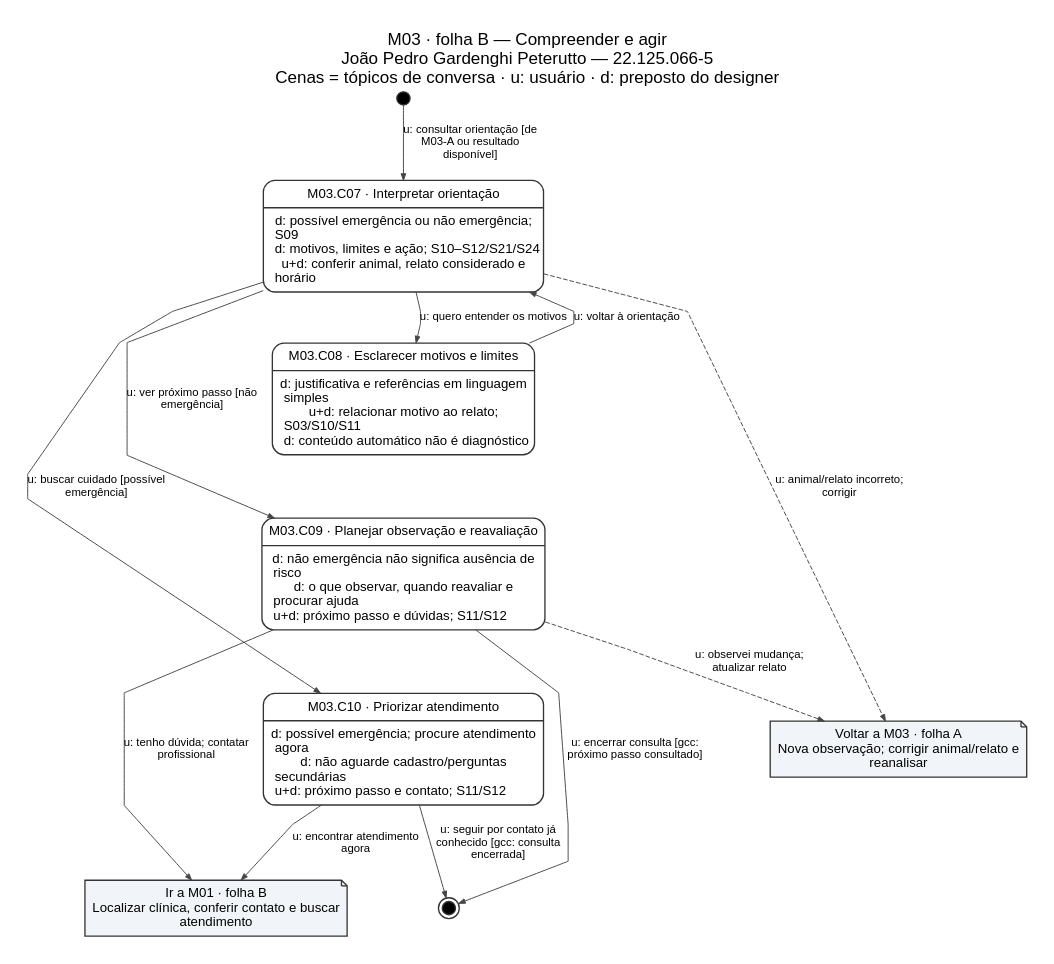
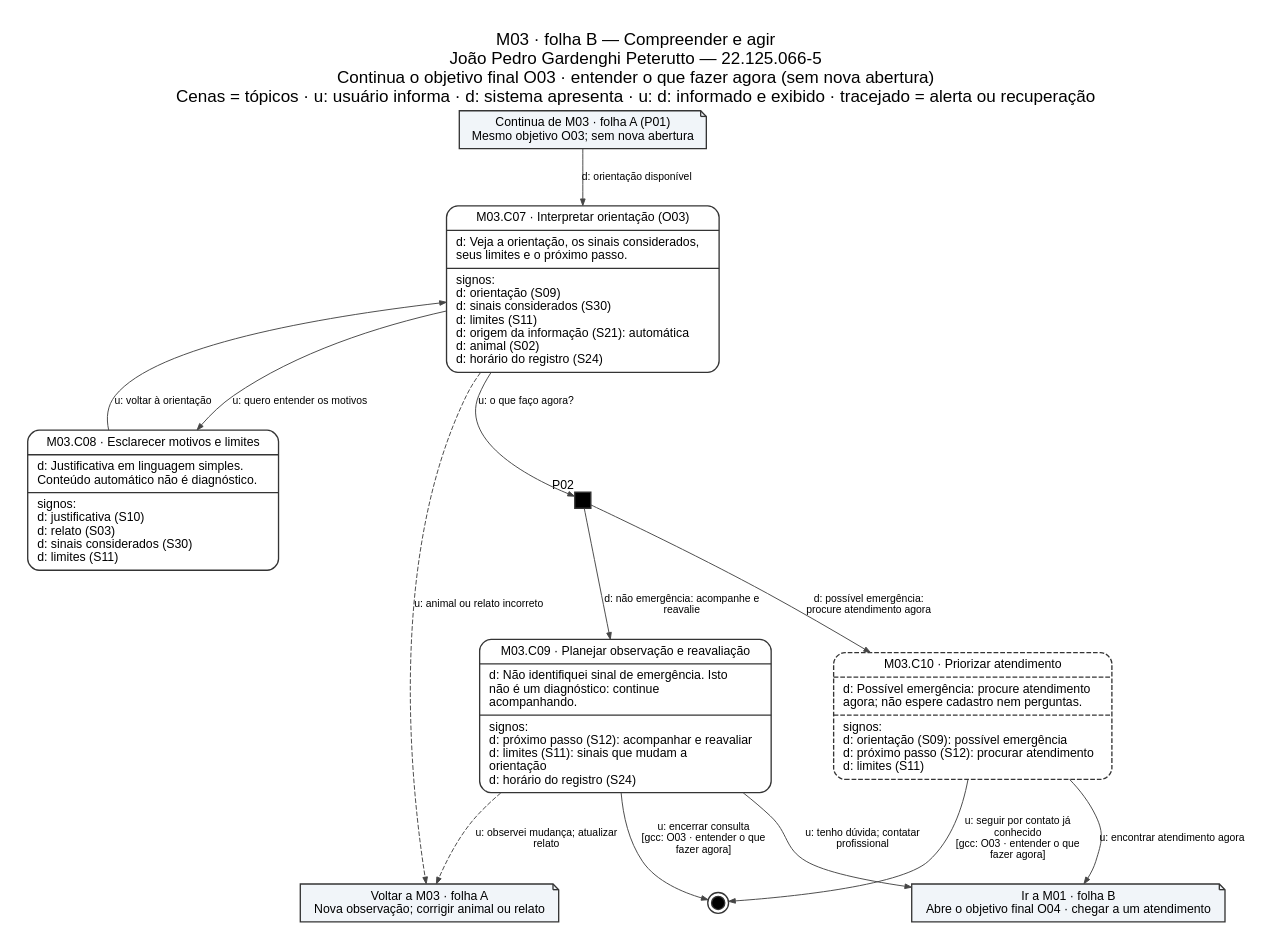
Before and after one commit to Ryu2525/INTERFACE-HUMANO-COMPUTADOR: the diagram in assets/10_molic/molic_m03_orientacao.dot, drawn with Graphviz. The commit also changed 16 other files, not shown here.

```diff
--- a/assets/10_molic/molic_m03_orientacao.dot
+++ b/assets/10_molic/molic_m03_orientacao.dot
@@ -1,25 +1,27 @@
 digraph molic {
-graph [rankdir=TB, bgcolor="white", pad="0.3", nodesep="0.45", ranksep="0.55", splines=polyline, fontname="Arial", fontsize=18, labelloc=t, label="M03 · folha B — Compreender e agir\nJoão Pedro Gardenghi Peterutto — 22.125.066-5\nCenas = tópicos de conversa · u: usuário · d: preposto do designer"];
-node [fontname="Arial", fontsize=14, color="#343434", penwidth=1.4, margin="0.16,0.10"];
-edge [fontname="Arial", fontsize=12, color="#454545", arrowsize=0.7];
-C07 [shape="Mrecord", label="{M03.C07 · Interpretar orientação|d: possível emergência ou não emergência;\nS09\ld: motivos, limites e ação; S10–S12/S21/S24\lu+d: conferir animal, relato considerado e\nhorário\l}", style="solid"];
-inicio [shape="circle", style="filled", fillcolor="black", width="0.20", height="0.20", fixedsize="true", label=""];
-C08 [shape="Mrecord", label="{M03.C08 · Esclarecer motivos e limites|d: justificativa e referências em linguagem\nsimples\lu+d: relacionar motivo ao relato;\nS03/S10/S11\ld: conteúdo automático não é diagnóstico\l}", style="solid"];
-C09 [shape="Mrecord", label="{M03.C09 · Planejar observação e reavaliação|d: não emergência não significa ausência de\nrisco\ld: o que observar, quando reavaliar e\nprocurar ajuda\lu+d: próximo passo e dúvidas; S11/S12\l}", style="solid"];
-C10 [shape="Mrecord", label="{M03.C10 · Priorizar atendimento|d: possível emergência; procure atendimento\nagora\ld: não aguarde cadastro/perguntas\nsecundárias\lu+d: próximo passo e contato; S11/S12\l}", style="solid"];
-A [shape="note", style="filled", fillcolor="#f1f5f9", label="Voltar a M03 · folha A\nNova observação; corrigir animal/relato e\nreanalisar"];
-H [shape="note", style="filled", fillcolor="#f1f5f9", label="Ir a M01 · folha B\nLocalizar clínica, conferir contato e buscar\natendimento"];
+graph [rankdir=TB, bgcolor="white", pad="0.3", nodesep="0.6", ranksep="0.65", splines=true, fontname="Arial", fontsize=18, labelloc=t, label="M03 · folha B — Compreender e agir\nJoão Pedro Gardenghi Peterutto — 22.125.066-5\nContinua o objetivo final O03 · entender o que fazer agora (sem nova abertura)\nCenas = tópicos · u: usuário informa · d: sistema apresenta · u: d: informado e exibido · tracejado = alerta ou recuperação"];
+node [fontname="Arial", fontsize=13, color="#343434", penwidth=1.4, margin="0.14,0.08"];
+edge [fontname="Arial", fontsize=11, color="#454545", arrowsize=0.7];
+REF [shape="note", style="filled", fillcolor="#f1f5f9", fontsize=13, label="Continua de M03 · folha A (P01)\nMesmo objetivo O03; sem nova abertura"];
+C07 [shape="Mrecord", style="solid", label="{M03.C07 · Interpretar orientação (O03)|d: Veja a orientação, os sinais considerados,\l   seus limites e o próximo passo.\l|signos:\ld: orientação (S09)\ld: sinais considerados (S30)\ld: limites (S11)\ld: origem da informação (S21): automática\ld: animal (S02)\ld: horário do registro (S24)\l}"];
+C08 [shape="Mrecord", style="solid", label="{M03.C08 · Esclarecer motivos e limites|d: Justificativa em linguagem simples.\l   Conteúdo automático não é diagnóstico.\l|signos:\ld: justificativa (S10)\ld: relato (S03)\ld: sinais considerados (S30)\ld: limites (S11)\l}"];
+P02 [shape="square", style="filled", fillcolor="black", width="0.24", height="0.24", fixedsize="true", label="", xlabel="P02"];
+C09 [shape="Mrecord", style="solid", label="{M03.C09 · Planejar observação e reavaliação|d: Não identifiquei sinal de emergência. Isto\l   não é um diagnóstico: continue\l   acompanhando.\l|signos:\ld: próximo passo (S12): acompanhar e reavaliar\ld: limites (S11): sinais que mudam a\l      orientação\ld: horário do registro (S24)\l}"];
+C10 [shape="Mrecord", style="dashed", label="{M03.C10 · Priorizar atendimento|d: Possível emergência: procure atendimento\l   agora; não espere cadastro nem perguntas.\l|signos:\ld: orientação (S09): possível emergência\ld: próximo passo (S12): procurar atendimento\ld: limites (S11)\l}"];
+A [shape="note", style="filled", fillcolor="#f1f5f9", fontsize=13, label="Voltar a M03 · folha A\nNova observação; corrigir animal ou relato"];
+H [shape="note", style="filled", fillcolor="#f1f5f9", fontsize=13, label="Ir a M01 · folha B\nAbre o objetivo final O04 · chegar a um atendimento"];
 fim [shape="doublecircle", style="filled", fillcolor="black", width="0.20", height="0.20", fixedsize="true", label=""];
-C07 -> C08 -> C09 -> C10 [style=invis, weight=100];
-inicio -> C07 [label="u: consultar orientação [de\nM03-A ou resultado\ndisponível]"];
+C07 -> P02 [style=invis, weight=40];
+REF -> C07 [label="d: orientação disponível"];
 C07 -> C08 [label="u: quero entender os motivos"];
 C08 -> C07 [label="u: voltar à orientação"];
-C07 -> C09 [label="u: ver próximo passo [não\nemergência]"];
-C07 -> C10 [label="u: buscar cuidado [possível\nemergência]"];
-C10 -> H [label="u: encontrar atendimento\nagora"];
+C07 -> P02 [label="u: o que faço agora?"];
+P02 -> C09 [label="d: não emergência: acompanhe e\nreavalie"];
+P02 -> C10 [label="d: possível emergência:\nprocure atendimento agora"];
+C10 -> H [label="u: encontrar atendimento agora"];
 C09 -> H [label="u: tenho dúvida; contatar\nprofissional"];
-C07 -> A [label="u: animal/relato incorreto;\ncorrigir", style="dashed"];
-C09 -> A [label="u: observei mudança;\natualizar relato", style="dashed"];
-C09 -> fim [label="u: encerrar consulta [gcc:\npróximo passo consultado]"];
-C10 -> fim [label="u: seguir por contato já\nconhecido [gcc: consulta\nencerrada]"];
+C07 -> A [label="u: animal ou relato incorreto", style="dashed"];
+C09 -> A [label="u: observei mudança; atualizar\nrelato", style="dashed"];
+C09 -> fim [label="u: encerrar consulta\n[gcc: O03 · entender o que\nfazer agora]"];
+C10 -> fim [label="u: seguir por contato já\nconhecido\n[gcc: O03 · entender o que\nfazer agora]"];
 }
```
